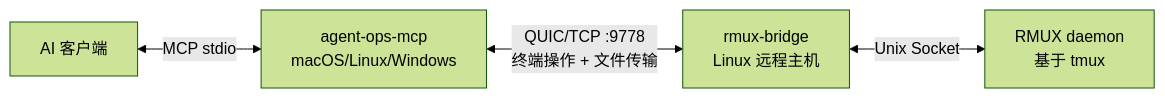
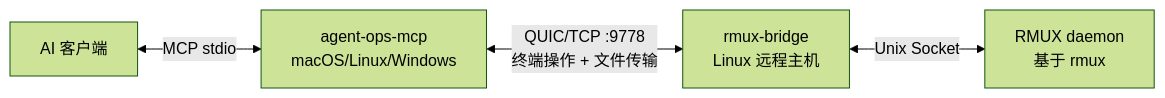
One commit to tddh/agent-ops changed the diagram in README.zh.md. Above: the diagram before and after it, drawn with Mermaid (forest theme). The commit also changed other lines of this file and 8 other files, not shown here.

````diff
--- a/README.zh.md
+++ b/README.zh.md
@@ -21,6 +21,6 @@
 ```mermaid
 graph LR
     A[AI 客户端] <-->|MCP stdio| B[agent-ops-mcp<br/>macOS/Linux/Windows]
     B <-->|QUIC/TCP :9778<br/>终端操作 + 文件传输| C[rmux-bridge<br/>Linux 远程主机]
-    C <-->|Unix Socket| D[RMUX daemon<br/>基于 tmux]
+    C <-->|Unix Socket| D[RMUX daemon<br/>基于 rmux]
 ```
````
